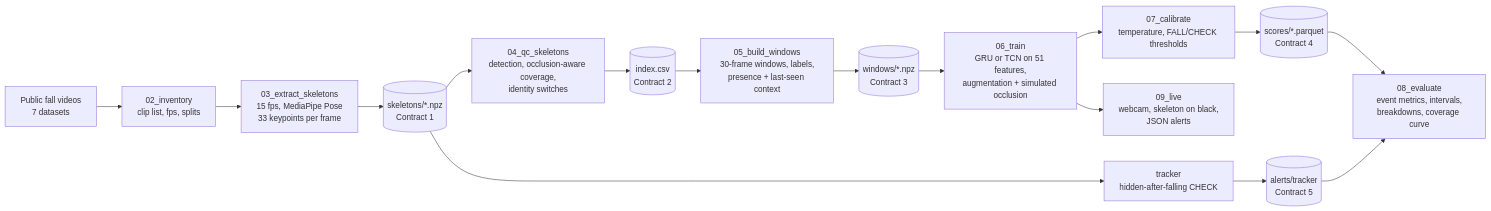
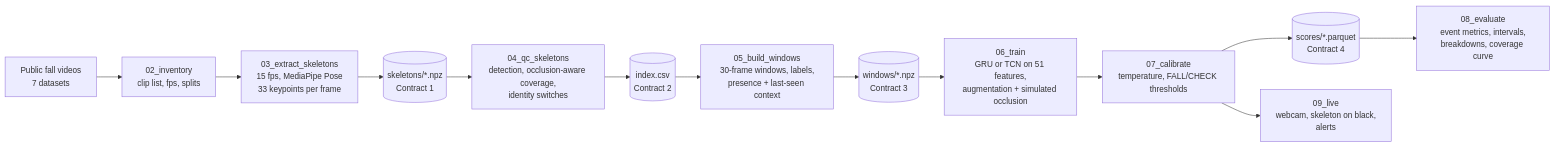
The diagram in README.md (KhushM7/Sotonship26), drawn with Mermaid before and after one commit. The commit also changed other lines of this file and 12 other files, not shown here.

````diff
--- a/README.md
+++ b/README.md
@@ -108,18 +104,15 @@
 ```mermaid
 flowchart LR
     A[Public fall videos<br/>7 datasets] --> B[02_inventory<br/>clip list, fps, splits]
     B --> C[03_extract_skeletons<br/>15 fps, MediaPipe Pose<br/>33 keypoints per frame]
     C --> D[(skeletons/*.npz<br/>Contract 1)]
     D --> E[04_qc_skeletons<br/>detection, occlusion-aware coverage,<br/>identity switches]
     E --> F[(index.csv<br/>Contract 2)]
     F --> G[05_build_windows<br/>30-frame windows, labels,<br/>presence + last-seen context]
     G --> H[(windows/*.npz<br/>Contract 3)]
     H --> I[06_train<br/>GRU or TCN on 51 features,<br/>augmentation + simulated occlusion]
     I --> J[07_calibrate<br/>temperature, FALL/CHECK thresholds]
     J --> K[(scores/*.parquet<br/>Contract 4)]
     K --> L[08_evaluate<br/>event metrics, intervals,<br/>breakdowns, coverage curve]
-    D --> M[tracker<br/>hidden-after-falling CHECK]
-    M --> N[(alerts/tracker<br/>Contract 5)]
-    N --> L
-    I --> O[09_live<br/>webcam, skeleton on black,<br/>JSON alerts]
+    J --> O[09_live<br/>webcam, skeleton on black,<br/>alerts]
 ```
````
